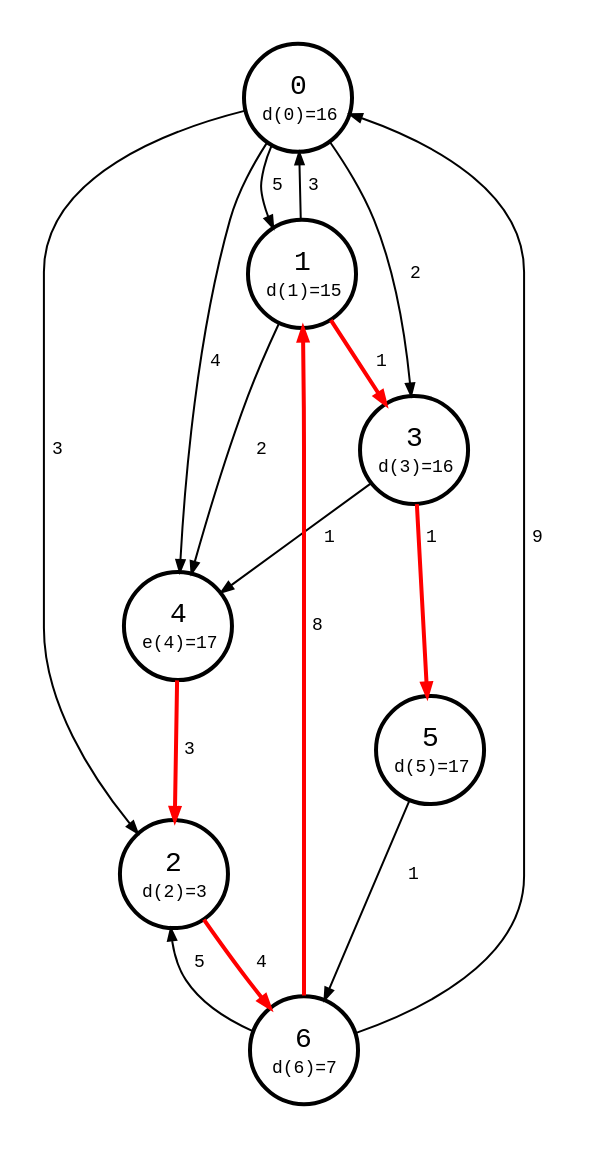
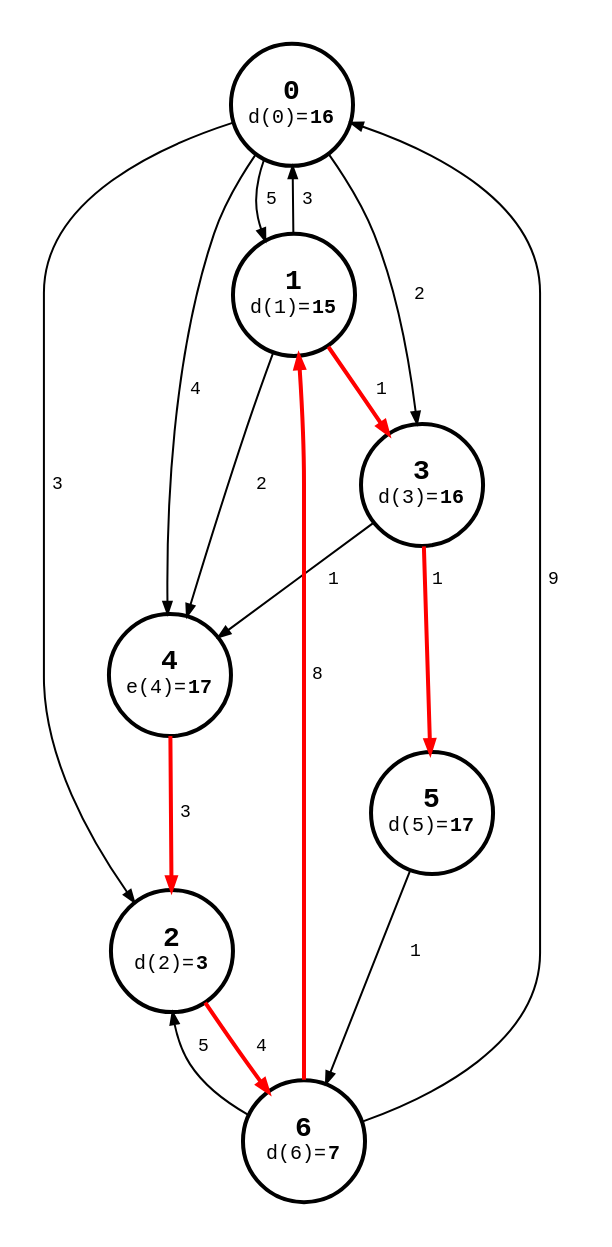
One commit to bsdrks/graaf-images changed the diagram in src/distance_matrix_diameter_1-0.87.2.dot. Above: the diagram before and after it, drawn with Graphviz. The commit also changed 16 other files, not shown here.

```diff
--- a/src/distance_matrix_diameter_1-0.87.2.dot
+++ b/src/distance_matrix_diameter_1-0.87.2.dot
@@ -1,5 +1,5 @@
 digraph {
-    node [shape=circle, fontname="monospace", style=bold, fixedsize=true, width="0.75"];
+    node [shape=circle, fontname="monospace", style=bold, fixedsize=true, width="0.85"];
     edge [arrowsize=0.6, fontname="monospace", fontsize=9];
     // layout=neato;
     // scale=3.0;
@@ -11,12 +11,12 @@
 
     0 [
         label=<
-            <table border="0" cellpadding="1" cellspacing="0">
+            <table border="0" cellpadding="0" cellspacing="0">
                 <tr>
-                    <td>0</td>
+                    <td><b>0</b></td>
                 </tr>
                 <tr>
-                    <td><font point-size="9">d(0)=16</font></td>
+                    <td><font point-size="10">d(0)=<b>16</b></font></td>
                 </tr>
             </table>
         >,
@@ -24,12 +24,12 @@
 
     1 [
         label=<
-            <table border="0" cellpadding="1" cellspacing="0">
+            <table border="0" cellpadding="0" cellspacing="0">
                 <tr>
-                    <td>1</td>
+                    <td><b>1</b></td>
                 </tr>
                 <tr>
-                    <td><font point-size="9">d(1)=15</font></td>
+                    <td><font point-size="10">d(1)=<b>15</b></font></td>
                 </tr>
             </table>
         >,
@@ -37,12 +37,12 @@
 
     2 [
         label=<
-            <table border="0" cellpadding="1" cellspacing="0">
+            <table border="0" cellpadding="0" cellspacing="0">
                 <tr>
-                    <td>2</td>
+                    <td><b>2</b></td>
                 </tr>
                 <tr>
-                    <td><font point-size="9">d(2)=3</font></td>
+                    <td><font point-size="10">d(2)=<b>3</b></font></td>
                 </tr>
             </table>
         >,
@@ -50,12 +50,12 @@
 
     3 [
         label=<
-            <table border="0" cellpadding="1" cellspacing="0">
+            <table border="0" cellpadding="0" cellspacing="0">
                 <tr>
-                    <td>3</td>
+                    <td><b>3</b></td>
                 </tr>
                 <tr>
-                    <td><font point-size="9">d(3)=16</font></td>
+                    <td><font point-size="10">d(3)=<b>16</b></font></td>
                 </tr>
             </table>
         >,
@@ -63,12 +63,12 @@
 
     4 [
         label=<
-            <table border="0" cellpadding="1" cellspacing="0">
+            <table border="0" cellpadding="0" cellspacing="0">
                 <tr>
-                    <td>4</td>
+                    <td><b>4</b></td>
                 </tr>
                 <tr>
-                    <td><font point-size="9">e(4)=17</font></td>
+                    <td><font point-size="10">e(4)=<b>17</b></font></td>
                 </tr>
             </table>
         >,
@@ -76,12 +76,12 @@
 
     5 [
         label=<
-            <table border="0" cellpadding="1" cellspacing="0">
+            <table border="0" cellpadding="0" cellspacing="0">
                 <tr>
-                    <td>5</td>
+                    <td><b>5</b></td>
                 </tr>
                 <tr>
-                    <td><font point-size="9">d(5)=17</font></td>
+                    <td><font point-size="10">d(5)=<b>17</b></font></td>
                 </tr>
             </table>
         >,
@@ -89,12 +89,12 @@
 
     6 [
         label=<
-            <table border="0" cellpadding="1" cellspacing="0">
+            <table border="0" cellpadding="0" cellspacing="0">
                 <tr>
-                    <td>6</td>
+                    <td><b>6</b></td>
                 </tr>
                 <tr>
-                    <td><font point-size="9">d(6)=7</font></td>
+                    <td><font point-size="10">d(6)=<b>7</b></font></td>
                 </tr>
             </table>
         >,
```
